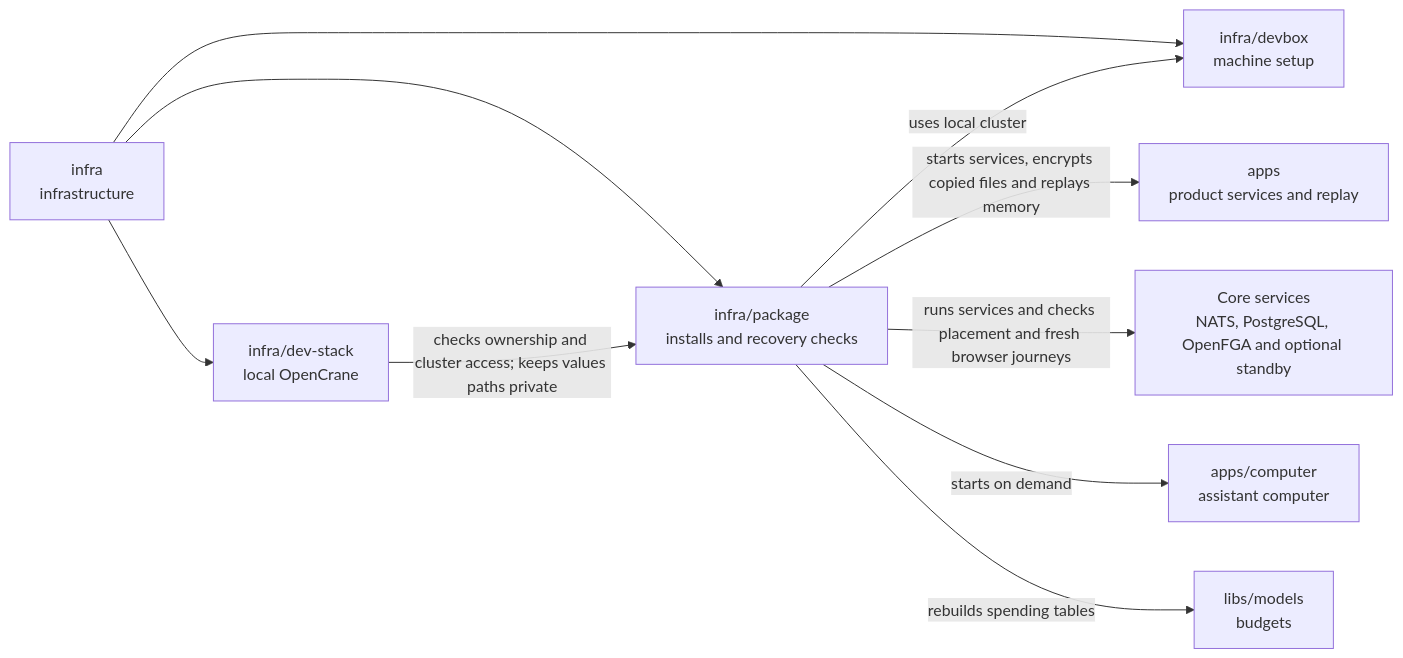
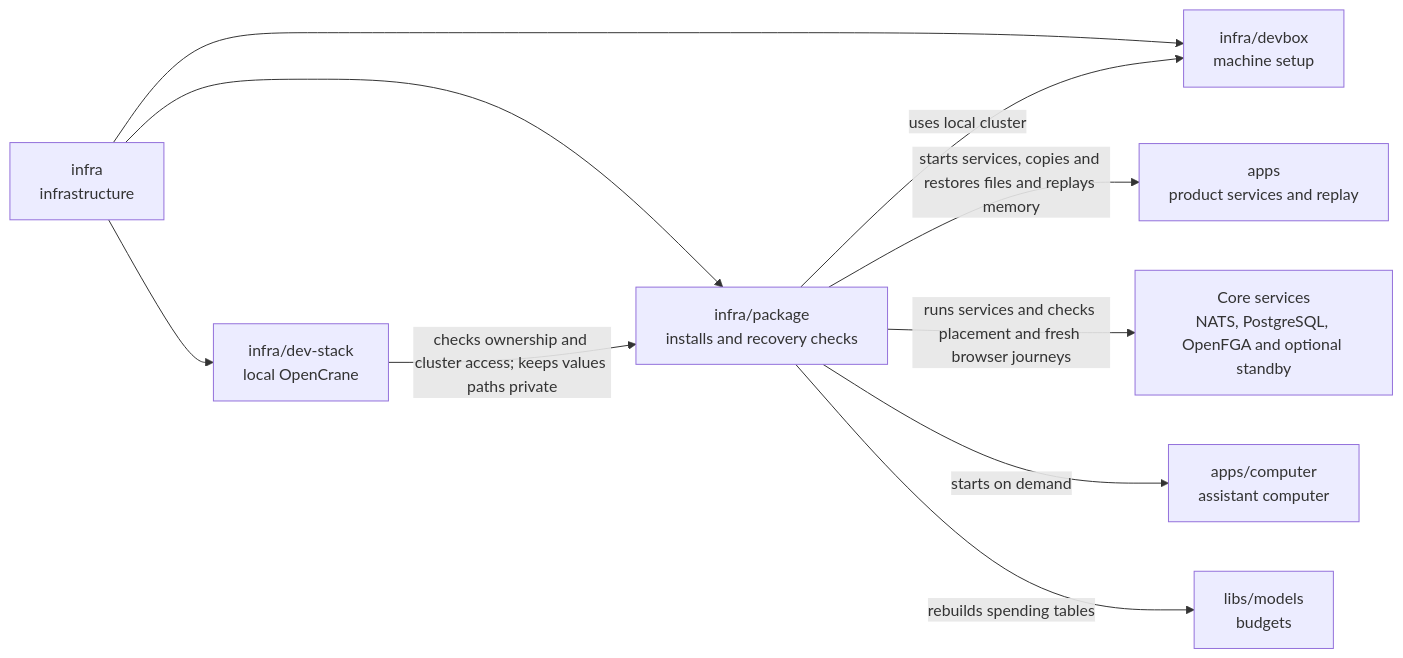
One commit to elewa-git/opencrane-new changed the diagram in infra/package/README.md. Above: the diagram before and after it, drawn with Mermaid. The commit also changed other lines of this file and 10 other files, not shown here.

````diff
--- a/infra/package/README.md
+++ b/infra/package/README.md
@@ -19,12 +19,12 @@
 ```mermaid
 flowchart LR
   infra["infra<br/>infrastructure"] --> package["infra/package<br/>installs and recovery checks"]
   infra --> stack["infra/dev-stack<br/>local OpenCrane"]
   infra --> devbox["infra/devbox<br/>machine setup"]
   stack -->|checks ownership and cluster access; keeps values paths private| package
   package -->|uses local cluster| devbox
-  package -->|starts services, encrypts copied files and replays memory| apps["apps<br/>product services and replay"]
+  package -->|starts services, copies and restores files and replays memory| apps["apps<br/>product services and replay"]
   package -->|runs services and checks placement and fresh browser journeys| services["Core services<br/>NATS, PostgreSQL, OpenFGA and optional standby"]
   package -->|starts on demand| computer["apps/computer<br/>assistant computer"]
   package -->|rebuilds spending tables| models["libs/models<br/>budgets"]
 ```
````
